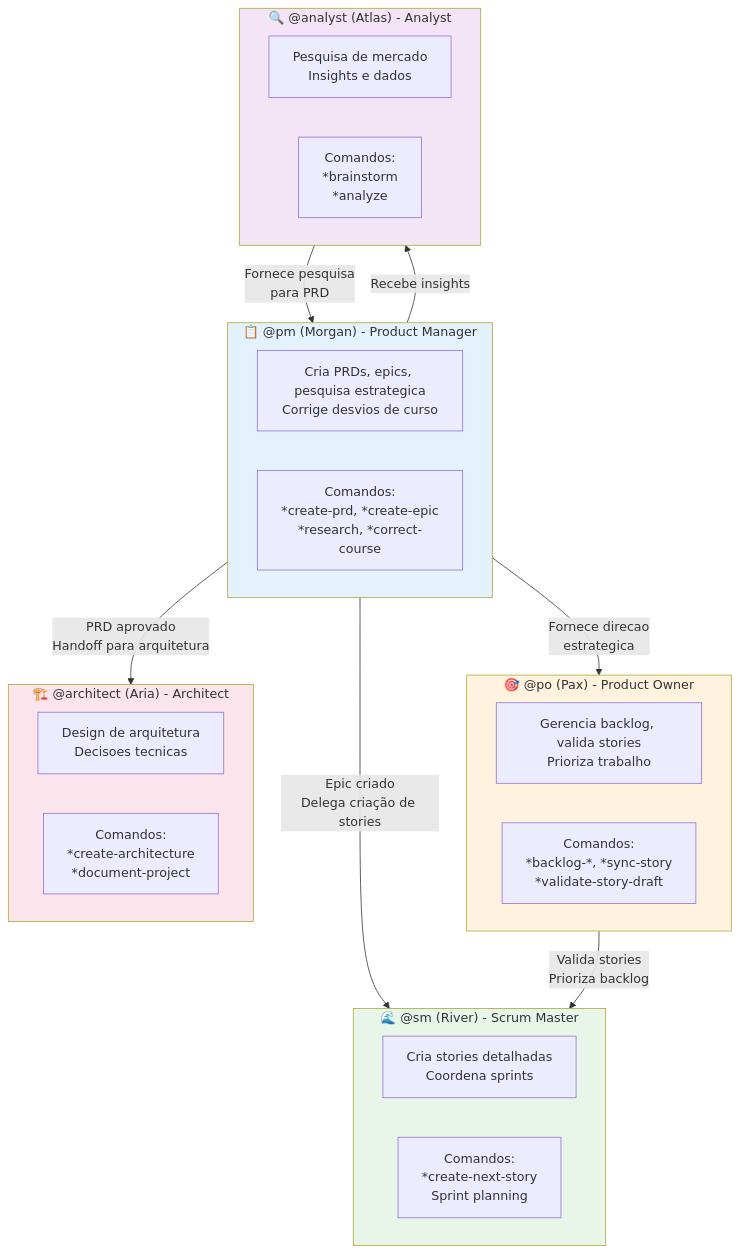
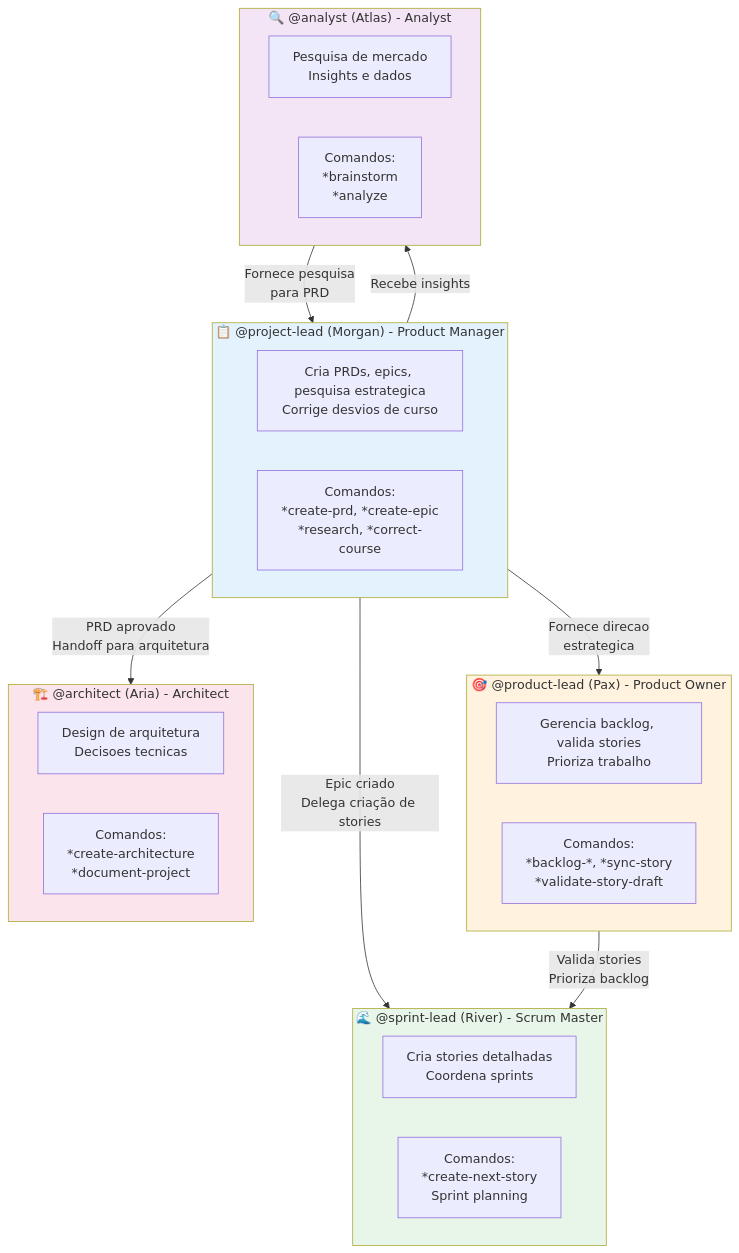
Before and after one commit to caioimori/sinapse-ai: the seventh of 8 diagrams in docs/sinapse-agent-flows/pm-system.md, drawn with Mermaid. The commit also changed other lines of this file and 873 other files, not shown here.

````diff
--- a/docs/sinapse-agent-flows/pm-system.md
+++ b/docs/sinapse-agent-flows/pm-system.md
@@ -459,41 +459,41 @@
 ```mermaid
 flowchart TB
-    subgraph PM_BOX["📋 @pm (Morgan) - Product Manager"]
+    subgraph PM_BOX["📋 @project-lead (Morgan) - Product Manager"]
         PM_DESC["Cria PRDs, epics, pesquisa estrategica<br/>Corrige desvios de curso"]
         PM_CMDS["Comandos:<br/>*create-prd, *create-epic<br/>*research, *correct-course"]
     end
 
-    subgraph PO_BOX["🎯 @po (Pax) - Product Owner"]
+    subgraph PO_BOX["🎯 @product-lead (Pax) - Product Owner"]
         PO_DESC["Gerencia backlog, valida stories<br/>Prioriza trabalho"]
         PO_CMDS["Comandos:<br/>*backlog-*, *sync-story<br/>*validate-story-draft"]
     end
 
-    subgraph SM_BOX["🌊 @sm (River) - Scrum Master"]
+    subgraph SM_BOX["🌊 @sprint-lead (River) - Scrum Master"]
         SM_DESC["Cria stories detalhadas<br/>Coordena sprints"]
         SM_CMDS["Comandos:<br/>*create-next-story<br/>Sprint planning"]
     end
 
     subgraph ARCHITECT_BOX["🏗️ @architect (Aria) - Architect"]
         ARCH_DESC["Design de arquitetura<br/>Decisoes tecnicas"]
         ARCH_CMDS["Comandos:<br/>*create-architecture<br/>*document-project"]
     end
 
     subgraph ANALYST_BOX["🔍 @analyst (Atlas) - Analyst"]
         ANALYST_DESC["Pesquisa de mercado<br/>Insights e dados"]
         ANALYST_CMDS["Comandos:<br/>*brainstorm<br/>*analyze"]
     end
 
     PM_BOX -->|"PRD aprovado<br/>Handoff para arquitetura"| ARCHITECT_BOX
     PM_BOX -->|"Epic criado<br/>Delega criação de stories"| SM_BOX
     PM_BOX -->|"Recebe insights"| ANALYST_BOX
     PM_BOX -->|"Fornece direcao<br/>estrategica"| PO_BOX
 
     PO_BOX -->|"Valida stories<br/>Prioriza backlog"| SM_BOX
     ANALYST_BOX -->|"Fornece pesquisa<br/>para PRD"| PM_BOX
 
     style PM_BOX fill:#e3f2fd
     style PO_BOX fill:#fff3e0
     style SM_BOX fill:#e8f5e9
     style ARCHITECT_BOX fill:#fce4ec
     style ANALYST_BOX fill:#f3e5f5
 ```
````
